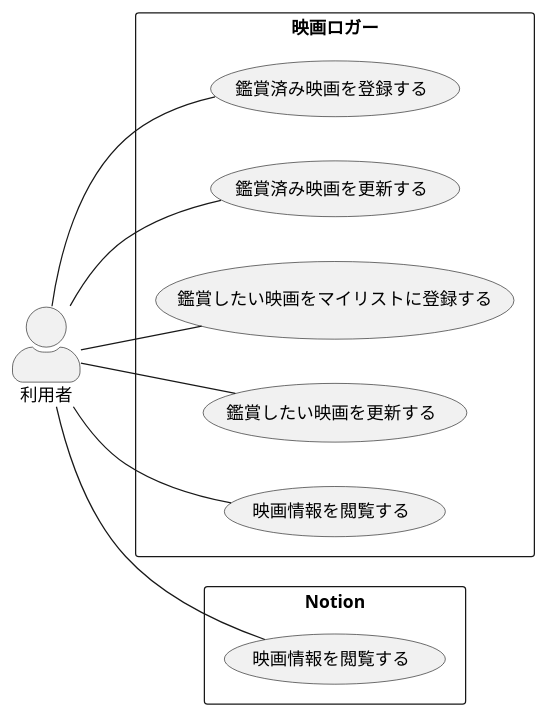
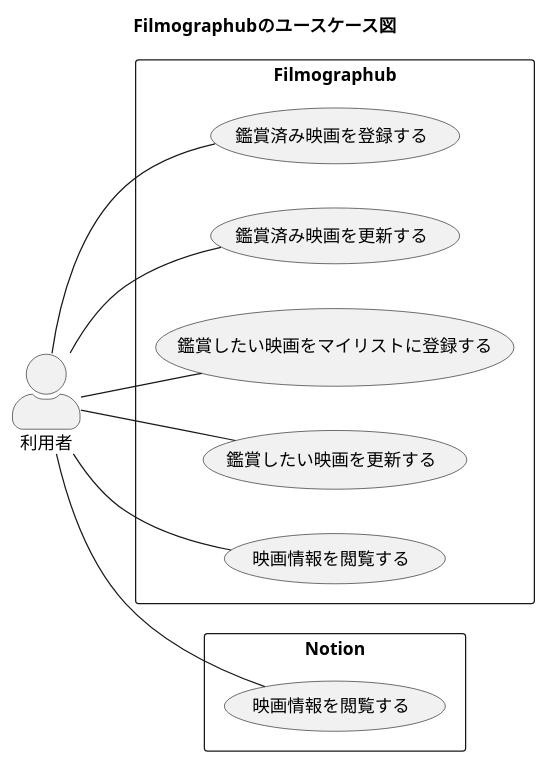
One commit to takeYY/filmography changed the diagram in api/docs/usecase/usecase.puml. Above: the diagram before and after it, drawn with PlantUML. The commit also changed 12 other files, not shown here.

```diff
--- a/api/docs/usecase/usecase.puml
+++ b/api/docs/usecase/usecase.puml
@@ -1,28 +1,29 @@
 @startuml fig_usecase
 
+title Filmographubのユースケース図
 skinparam actorStyle awesome
 
 left to right direction
 
-rectangle 映画ロガー {
+rectangle Filmographub {
   usecase "鑑賞済み映画を登録する" as UC01
   usecase "鑑賞済み映画を更新する" as UC02
   usecase "鑑賞したい映画をマイリストに登録する" as UC03
   usecase "鑑賞したい映画を更新する" as UC04
   usecase "映画情報を閲覧する" as UC05
 }
 
 rectangle Notion {
   usecase "映画情報を閲覧する" as NUC01
 }
 
 
 :利用者: -- UC01
 :利用者: -- UC02
 :利用者: -- UC03
 :利用者: -- UC04
 :利用者: -- UC05
 
 :利用者: -- NUC01
 
 @enduml
```
